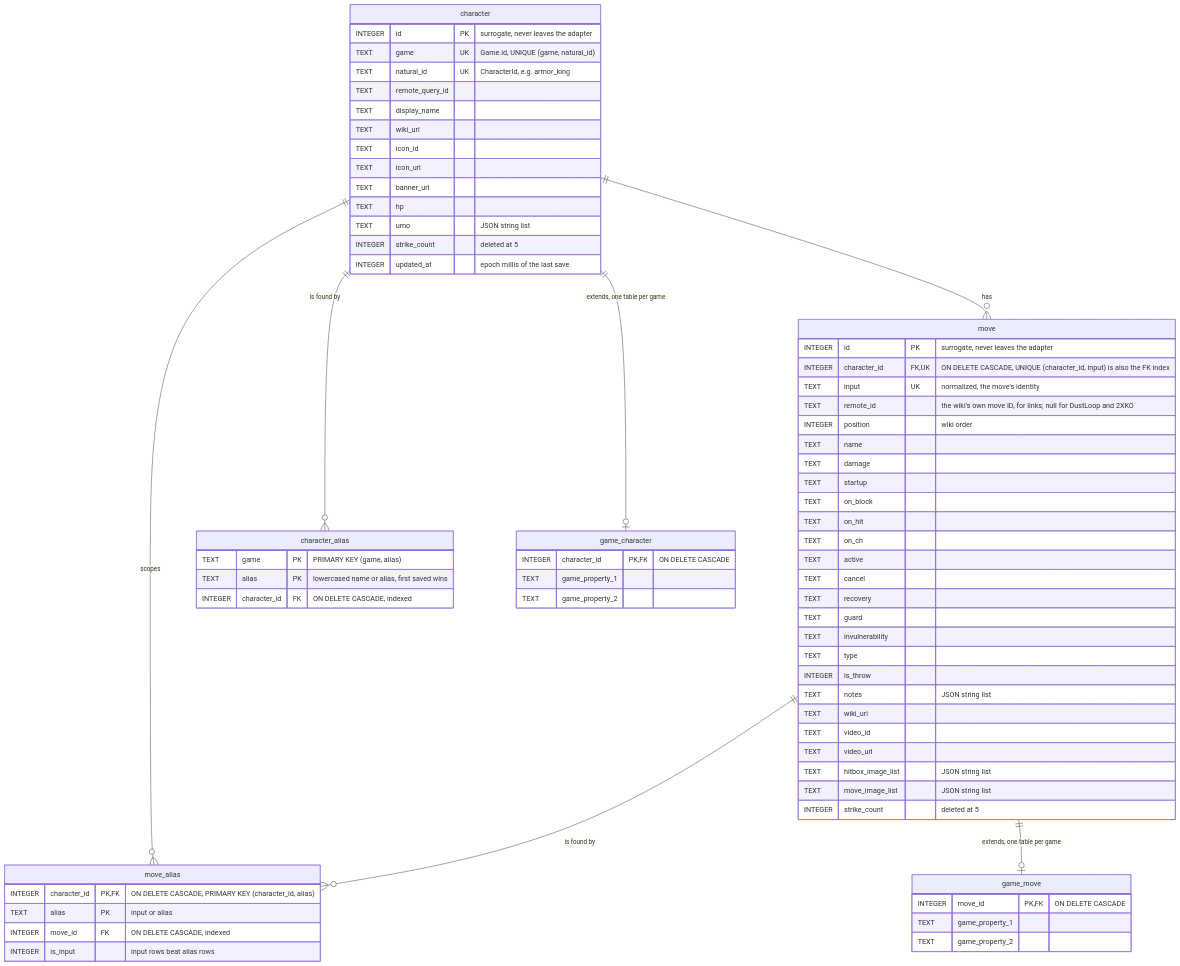
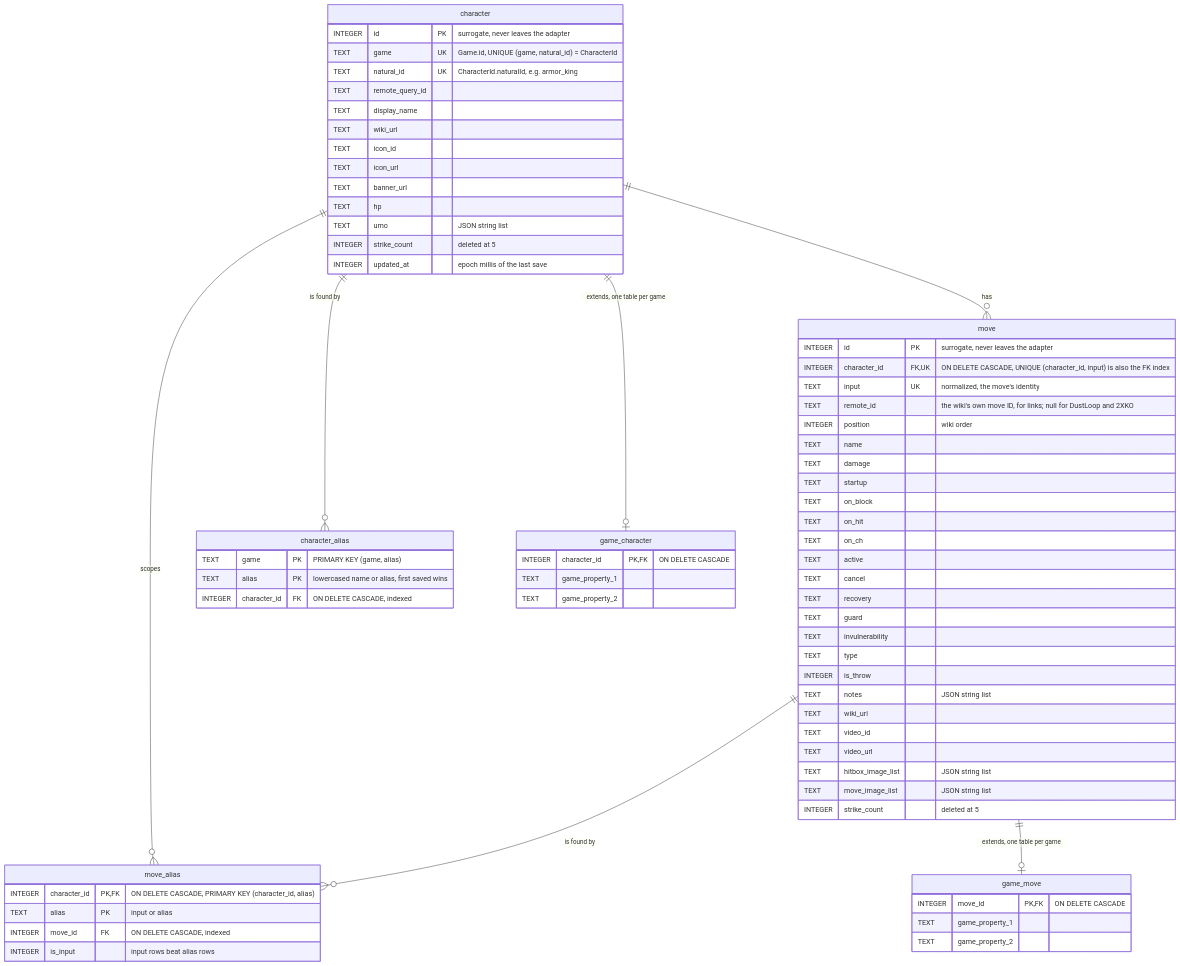
The diagram in feat/wiki/src/commonMain/kotlin/io/github/sophon/wiki/docs/database.mmd (Sophon/FightingNerd), drawn with Mermaid before and after one commit. The commit also changed 58 other files, not shown here.

Commit message:
refactor (wiki): character ID carries both game and natural ID

```diff
--- a/feat/wiki/src/commonMain/kotlin/io/github/sophon/wiki/docs/database.mmd
+++ b/feat/wiki/src/commonMain/kotlin/io/github/sophon/wiki/docs/database.mmd
@@ -1,71 +1,71 @@
 erDiagram
     character ||--o{ move : "has"
     character ||--o{ character_alias : "is found by"
     character ||--o{ move_alias : "scopes"
     move ||--o{ move_alias : "is found by"
     character ||--o| game_character : "extends, one table per game"
     move ||--o| game_move : "extends, one table per game"
 
     character {
         INTEGER id PK "surrogate, never leaves the adapter"
-        TEXT game UK "Game.id, UNIQUE (game, natural_id)"
-        TEXT natural_id UK "CharacterId, e.g. armor_king"
+        TEXT game UK "Game.id, UNIQUE (game, natural_id) = CharacterId"
+        TEXT natural_id UK "CharacterId.naturalId, e.g. armor_king"
         TEXT remote_query_id
         TEXT display_name
         TEXT wiki_url
         TEXT icon_id
         TEXT icon_url
         TEXT banner_url
         TEXT hp
         TEXT umo "JSON string list"
         INTEGER strike_count "deleted at 5"
         INTEGER updated_at "epoch millis of the last save"
     }
     character_alias {
         TEXT game PK "PRIMARY KEY (game, alias)"
         TEXT alias PK "lowercased name or alias, first saved wins"
         INTEGER character_id FK "ON DELETE CASCADE, indexed"
     }
     move {
         INTEGER id PK "surrogate, never leaves the adapter"
         INTEGER character_id FK, UK "ON DELETE CASCADE, UNIQUE (character_id, input) is also the FK index"
         TEXT input UK "normalized, the move's identity"
         TEXT remote_id "the wiki's own move ID, for links; null for DustLoop and 2XKO"
         INTEGER position "wiki order"
         TEXT name
         TEXT damage
         TEXT startup
         TEXT on_block
         TEXT on_hit
         TEXT on_ch
         TEXT active
         TEXT cancel
         TEXT recovery
         TEXT guard
         TEXT invulnerability
         TEXT type
         INTEGER is_throw
         TEXT notes "JSON string list"
         TEXT wiki_url
         TEXT video_id
         TEXT video_url
         TEXT hitbox_image_list "JSON string list"
         TEXT move_image_list "JSON string list"
         INTEGER strike_count "deleted at 5"
     }
     move_alias {
         INTEGER character_id PK, FK "ON DELETE CASCADE, PRIMARY KEY (character_id, alias)"
         TEXT alias PK "input or alias"
         INTEGER move_id FK "ON DELETE CASCADE, indexed"
         INTEGER is_input "input rows beat alias rows"
     }
     game_character {
         INTEGER character_id PK, FK "ON DELETE CASCADE"
         TEXT game_property_1
         TEXT game_property_2
     }
     game_move {
         INTEGER move_id PK, FK "ON DELETE CASCADE"
         TEXT game_property_1
         TEXT game_property_2
     }
```
